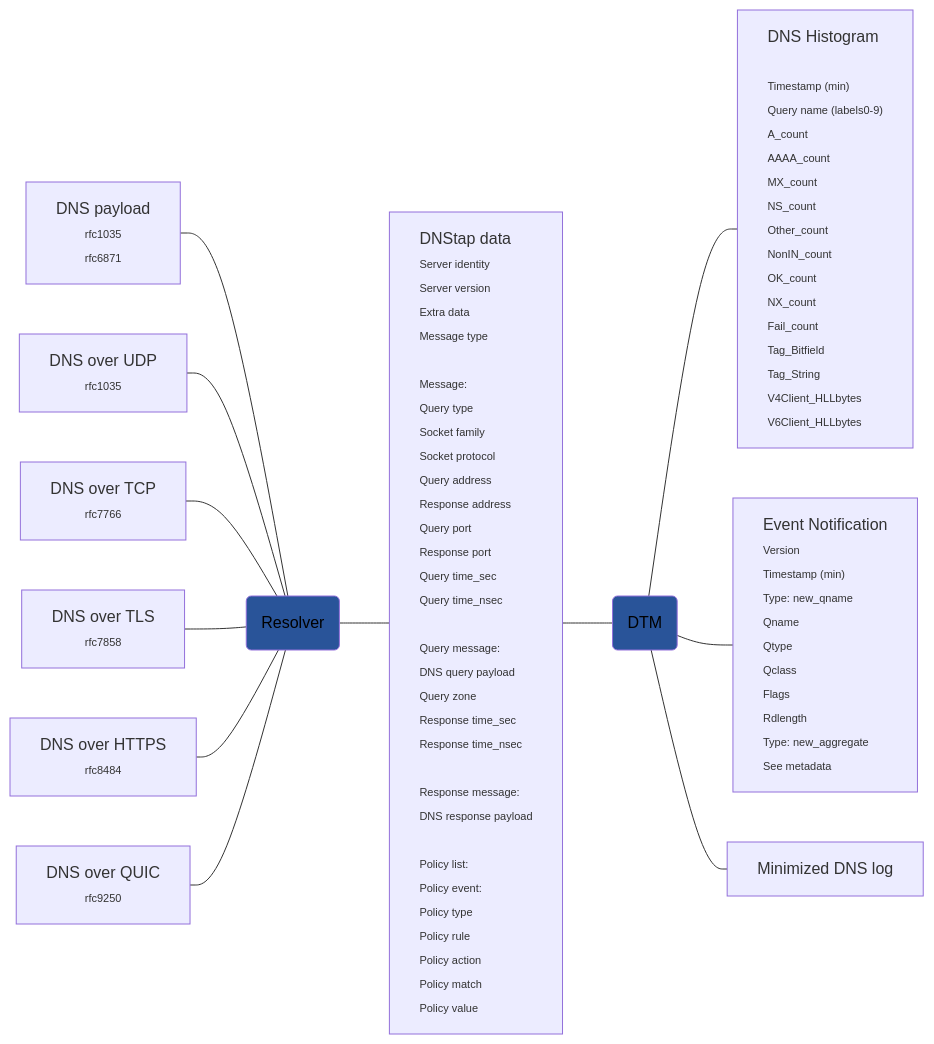
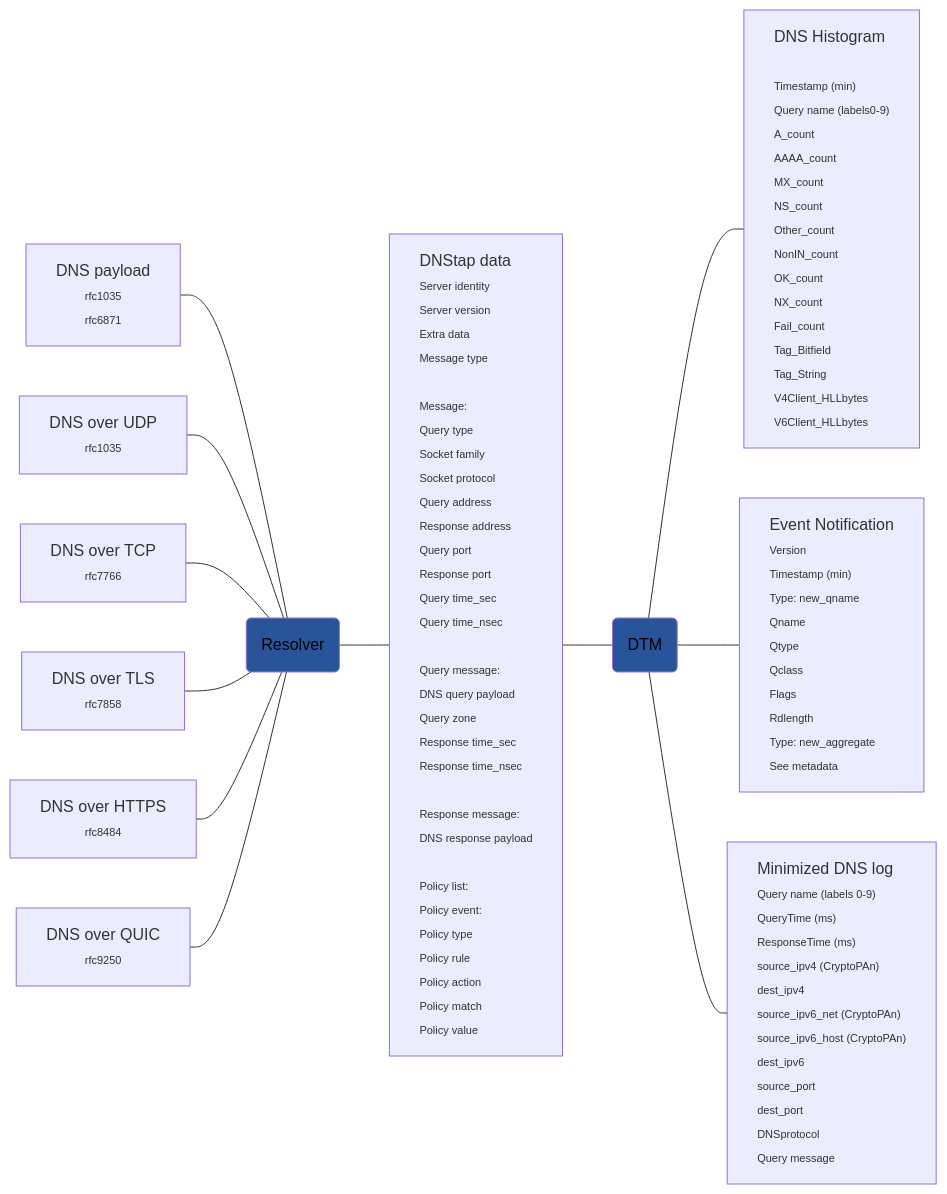
The diagram in dnsdataflow.md (dnstapir/datasets), drawn with Mermaid before and after one commit.

```diff
--- a/dnsdataflow.md
+++ b/dnsdataflow.md
@@ -93,7 +93,19 @@
 Type: new_aggregate
 See metadata</span>
 "]:::left
-DTM --- Mini[Minimized DNS log]
+DTM --- Mini["Minimized DNS log
+<span style='font-size:11px;'>Query name (labels 0-9)
+QueryTime (ms)
+ResponseTime (ms)
+source_ipv4 (CryptoPAn)
+dest_ipv4
+source_ipv6_net (CryptoPAn)
+source_ipv6_host (CryptoPAn)
+dest_ipv6
+source_port
+dest_port
+DNSprotocol
+Query message</span>"]:::left
 
 classDef service fill:#295499,color:#000
 classDef left text-align:left
```
